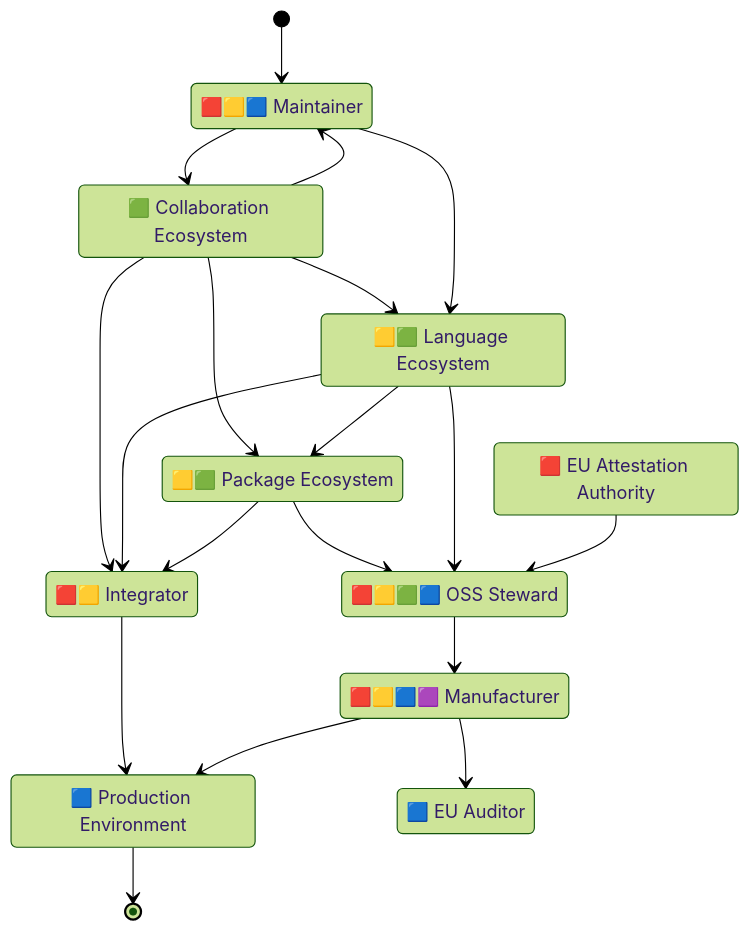
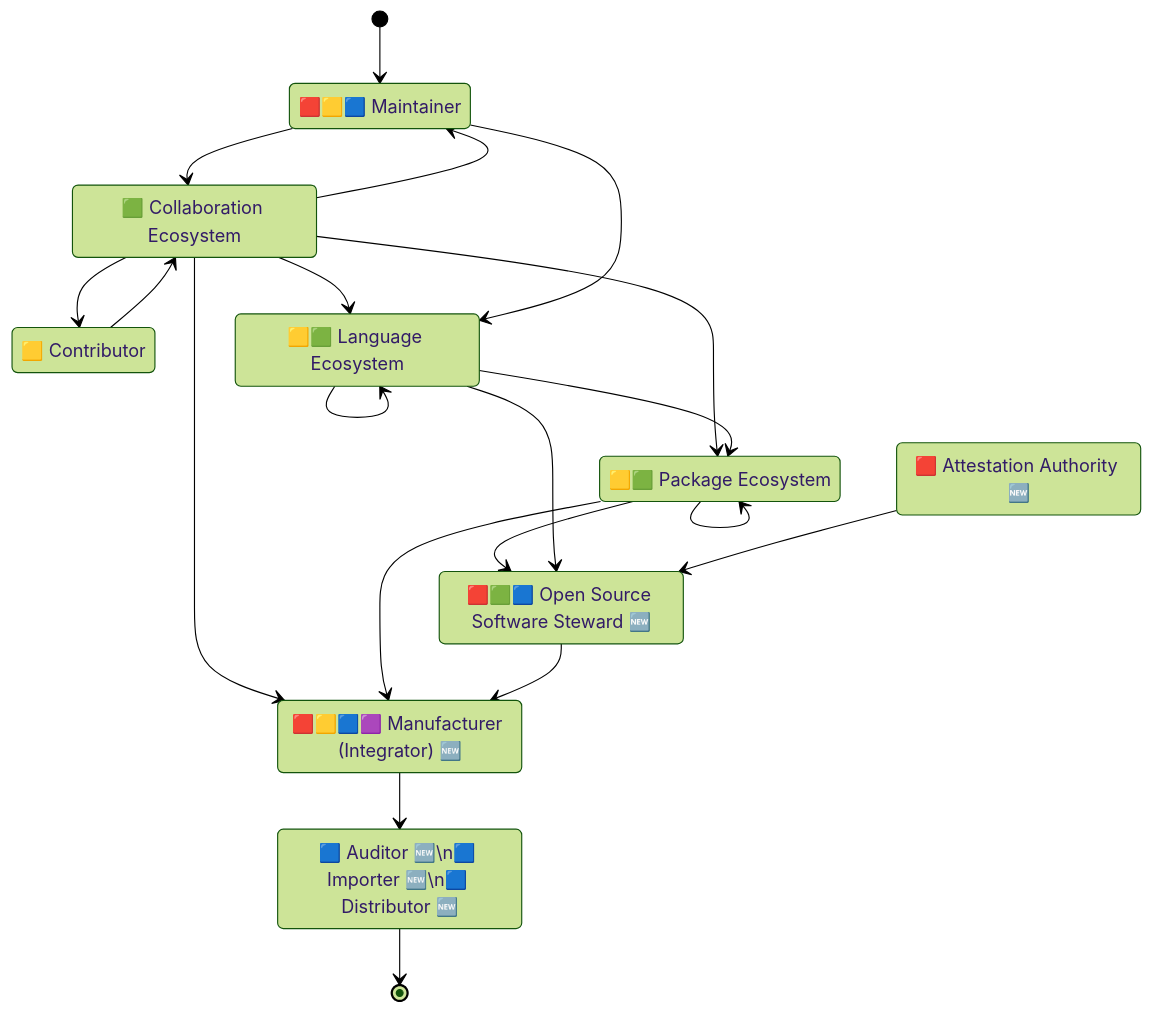
Before and after one commit to CPAN-Security/security.metacpan.org: the first of 2 diagrams in docs/eu-cra-summary.md, drawn with Mermaid (forest theme). The commit also changed other lines of this file, not shown here.

Commit message:
Update graph to the post-CRA version in supplychain-sbom.md

````diff
--- a/docs/eu-cra-summary.md
+++ b/docs/eu-cra-summary.md
@@ -74,36 +74,37 @@
 ```mermaid
 stateDiagram-v2
     direction TB
 
     state "🟥🟨🟦 Maintainer" as environment_maintainer
+    state "🟨 Contributor" as environment_contributor
     state "🟩 Collaboration Ecosystem" as ecosystem_repo
     state "🟨🟩 Language Ecosystem" as ecosystem_lang
     state "🟨🟩 Package Ecosystem" as ecosystem_package
-    state "🟥 EU Attestation Authority" as authority_attestation
-    state "🟥🟨🟩🟦 OSS Steward" as ecosystem_steward
-    state "🟥🟨 Integrator" as environment_integrator
-    state "🟥🟨🟦🟪 Manufacturer" as environment_manufacturer
-    state "🟦 Production Environment" as environment_prod
-    state "🟦 EU Auditor" as authority_auditor
-
+    state "🟥 Attestation Authority 🆕" as authority_attestation
+    state "🟥🟩🟦 Open Source Software Steward 🆕" as ecosystem_steward
+    state "🟥🟨🟦🟪 Manufacturer (Integrator) 🆕" as environment_manufacturer
+    state "🟦 Auditor 🆕\n🟦 Importer 🆕\n🟦 Distributor 🆕" as authority_auditor
 
     [*]                      --> environment_maintainer
     ecosystem_repo           --> environment_maintainer
+    ecosystem_repo           --> environment_contributor
+    ecosystem_repo           --> ecosystem_package
     ecosystem_repo           --> ecosystem_lang
+    ecosystem_repo           --> environment_manufacturer
+    environment_maintainer   --> ecosystem_repo
     environment_maintainer   --> ecosystem_lang
-    environment_maintainer   --> ecosystem_repo
-    ecosystem_repo           --> ecosystem_package
+    environment_contributor  --> ecosystem_repo
+    ecosystem_lang           --> ecosystem_lang
     ecosystem_lang           --> ecosystem_package
+    ecosystem_package        --> ecosystem_package
     ecosystem_package        --> ecosystem_steward
     ecosystem_lang           --> ecosystem_steward
     authority_attestation    --> ecosystem_steward
-    ecosystem_repo           --> environment_integrator
-    ecosystem_lang           --> environment_integrator
-    ecosystem_package        --> environment_integrator
+    ecosystem_package        --> environment_manufacturer
     ecosystem_steward        --> environment_manufacturer
-    environment_integrator   --> environment_prod
-    environment_manufacturer --> environment_prod
     environment_manufacturer --> authority_auditor
-    environment_prod         --> [*]
+    authority_auditor        --> [*]
 
+    %% Copyright © 2024 Salve J. Nilsen <sjn@oslo.pm>
+    %% Some rights reserved. Licensed CC-BY-SA-4.0
 ```
````
